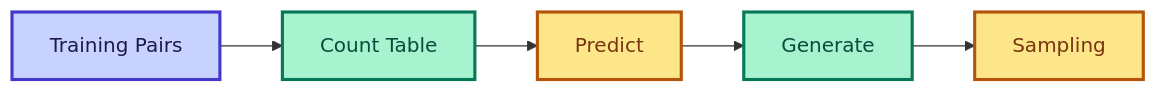
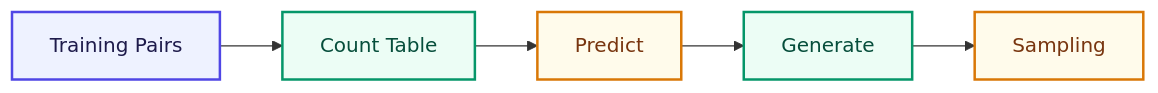
The diagram in content/docs/part-02-bigram/index.mdx (bhNibir/build-own-llm), drawn with Mermaid before and after one commit. The commit also changed 18 other files, not shown here.

First line of the commit message:
Revise color palettes and styles for improved diagram clarity

````diff
--- a/content/docs/part-02-bigram/index.mdx
+++ b/content/docs/part-02-bigram/index.mdx
@@ -14,10 +14,10 @@
 ```mermaid
 flowchart LR
     A["Training Pairs"]:::input --> B["Count Table"]:::process
     B --> C["Predict"]:::output
     C --> D["Generate"]:::process
     D --> E["Sampling"]:::output
-    classDef input fill:#C7D2FE,color:#1E1B4B,stroke:#4338CA,stroke-width:2.5px
-    classDef process fill:#A7F3D0,color:#064E3B,stroke:#047857,stroke-width:2.5px
-    classDef output fill:#FDE68A,color:#78350F,stroke:#B45309,stroke-width:2.5px
+    classDef input fill:#EEF2FF,color:#1E1B4B,stroke:#4F46E5,stroke-width:2px
+    classDef process fill:#ECFDF5,color:#064E3B,stroke:#059669,stroke-width:2px
+    classDef output fill:#FFFBEB,color:#78350F,stroke:#D97706,stroke-width:2px
 ```
````
